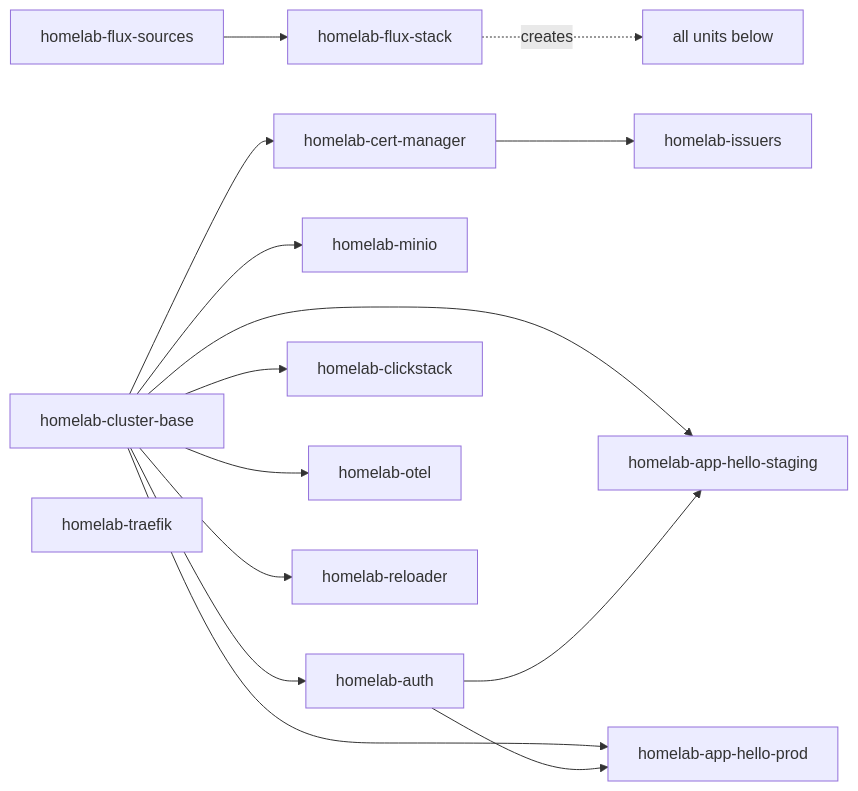
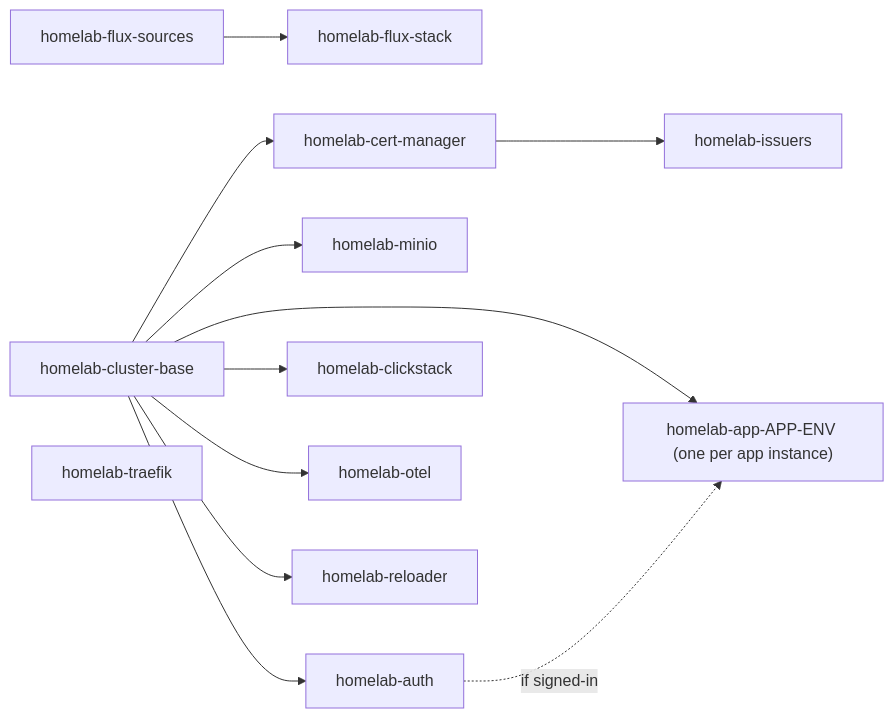
Before and after one commit to samclement/swhurl-platform: the diagram in docs/architecture.md, drawn with Mermaid. The commit also changed other lines of this file and 29 other files, not shown here.

````diff
--- a/docs/architecture.md
+++ b/docs/architecture.md
@@ -41,16 +30,13 @@
 ```mermaid
 flowchart LR
   sources[homelab-flux-sources] --> stack[homelab-flux-stack]
-  stack -. creates .-> units[all units below]
   base[homelab-cluster-base] --> cm[homelab-cert-manager] --> issuers[homelab-issuers]
   base --> minio[homelab-minio]
   base --> auth[homelab-auth]
   base --> clickstack[homelab-clickstack]
   base --> otel[homelab-otel]
   base --> reloader[homelab-reloader]
   traefik[homelab-traefik]
-  base --> hs[homelab-app-hello-staging]
-  auth --> hs
-  base --> hp[homelab-app-hello-prod]
-  auth --> hp
+  base --> app["homelab-app-APP-ENV (one per app instance)"]
+  auth -. if signed-in .-> app
 ```
````
